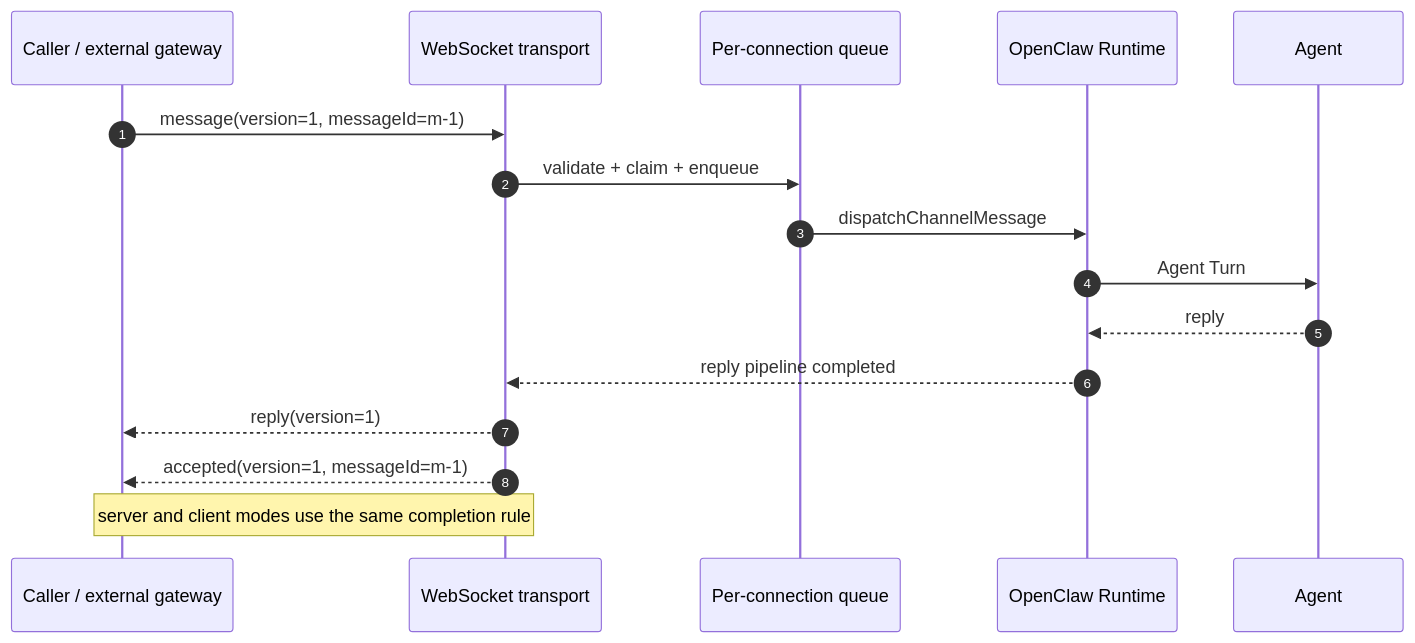
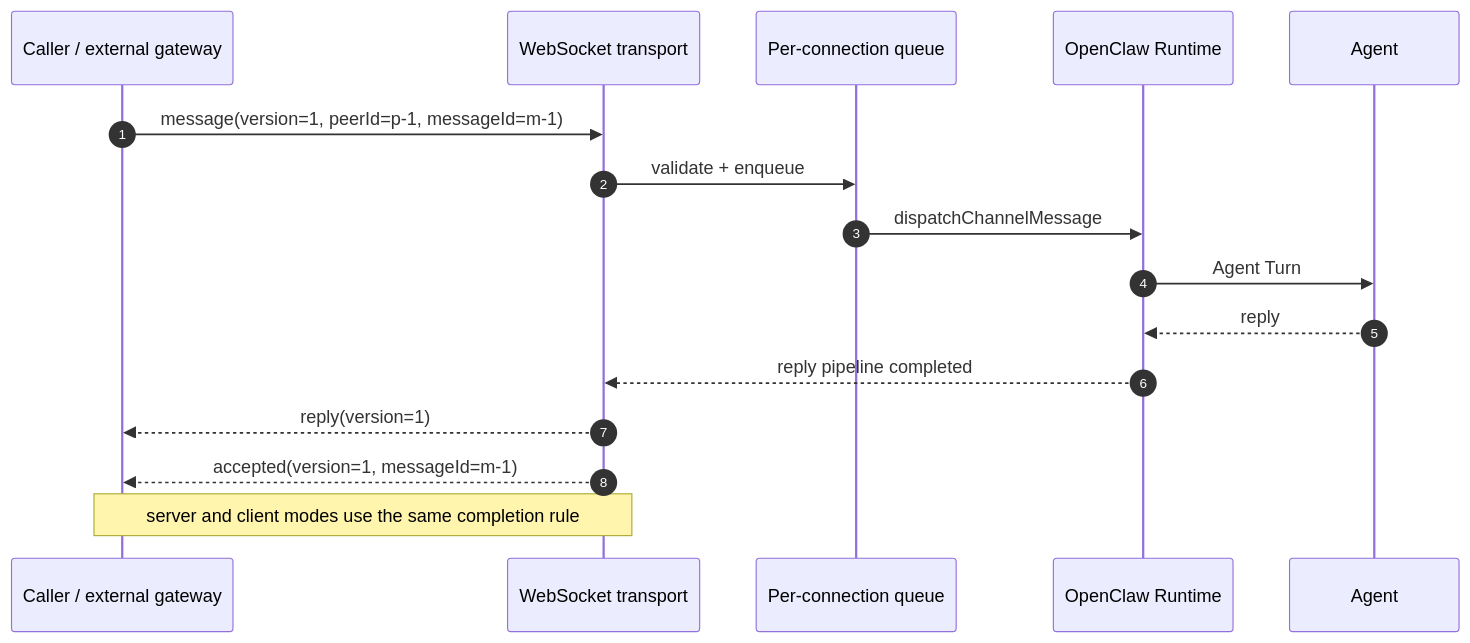
The second of 3 diagrams in extensions/web-socket/README.md (partme-ai/openclaw-plugins), drawn with Mermaid before and after one commit. The commit also changed other lines of this file and 179 other files, not shown here.

````diff
--- a/extensions/web-socket/README.md
+++ b/extensions/web-socket/README.md
@@ -233,18 +233,18 @@
 ```mermaid
 sequenceDiagram
   autonumber
   participant C as Caller / external gateway
   participant W as WebSocket transport
   participant Q as Per-connection queue
   participant O as OpenClaw Runtime
   participant A as Agent
-  C->>W: message(version=1, messageId=m-1)
-  W->>Q: validate + claim + enqueue
+  C->>W: message(version=1, peerId=p-1, messageId=m-1)
+  W->>Q: validate + enqueue
   Q->>O: dispatchChannelMessage
   O->>A: Agent Turn
   A-->>O: reply
   O-->>W: reply pipeline completed
   W-->>C: reply(version=1)
   W-->>C: accepted(version=1, messageId=m-1)
   Note over C,W: server and client modes use the same completion rule
 ```
````
